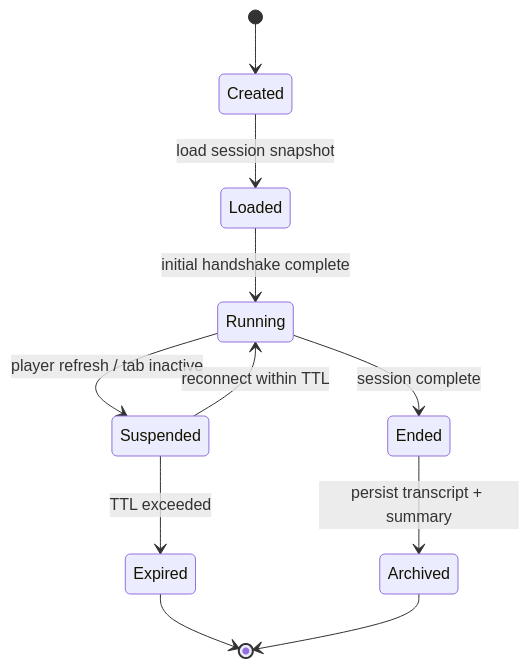
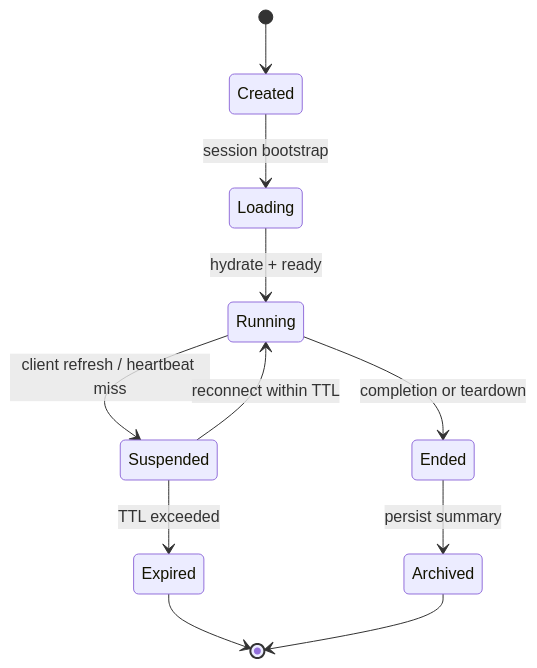
One commit to d4551/tea changed the fourth of 10 diagrams in README.md. Above: the diagram before and after it, drawn with Mermaid. The commit also changed other lines of this file and 2 other files, not shown here.

````diff
--- a/README.md
+++ b/README.md
@@ -170,13 +182,13 @@
 ```mermaid
 stateDiagram-v2
     [*] --> Created
-    Created --> Loaded : load session snapshot
-    Loaded --> Running : initial handshake complete
-    Running --> Suspended : player refresh / tab inactive
-    Running --> Ended : session complete
+    Created --> Loading : session bootstrap
+    Loading --> Running : hydrate + ready
+    Running --> Suspended : client refresh / heartbeat miss
+    Running --> Ended : completion or teardown
     Suspended --> Running : reconnect within TTL
     Suspended --> Expired : TTL exceeded
     Expired --> [*]
-    Ended --> Archived : persist transcript + summary
+    Ended --> Archived : persist summary
     Archived --> [*]
 ```
````
